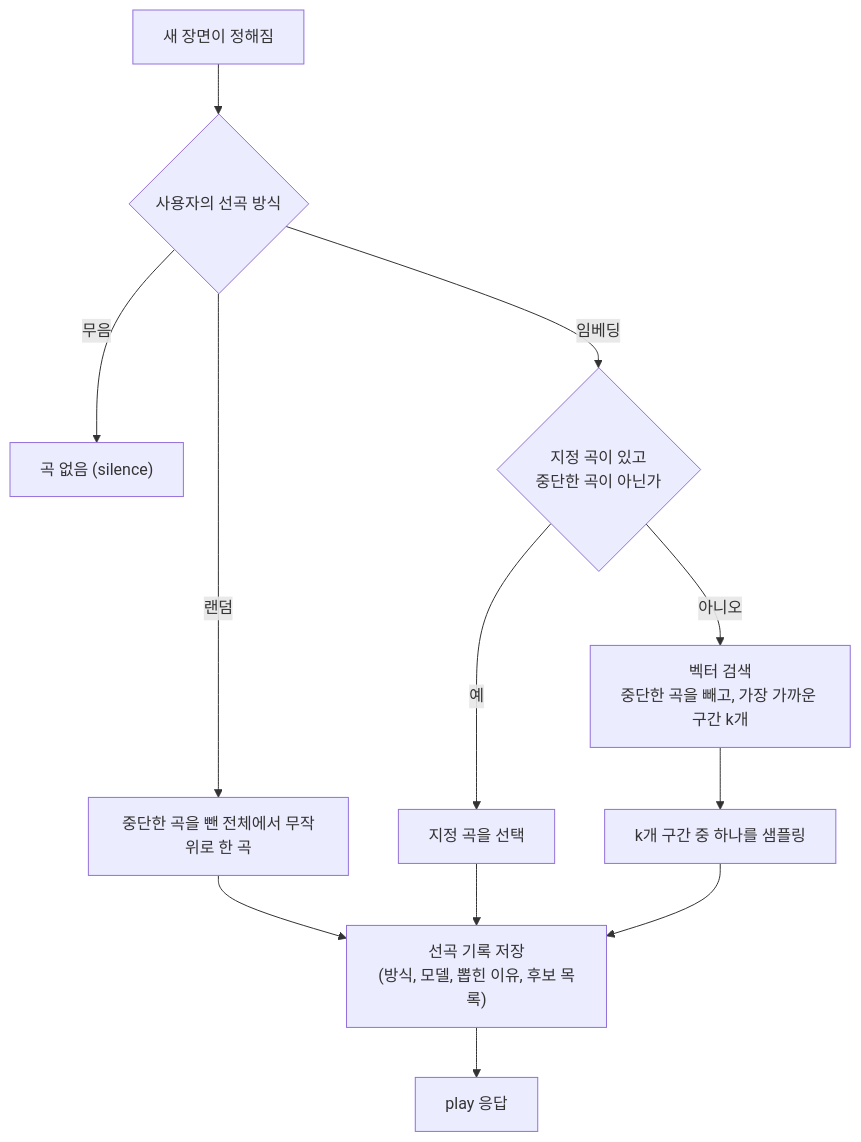
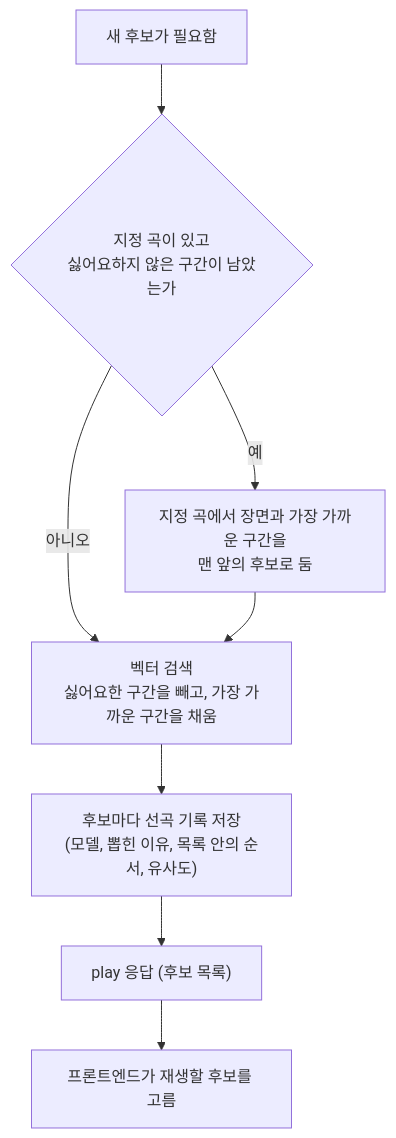
Before and after one commit to diegesis-labs/BE: the third of 6 diagrams in docs/ARCHITECTURE.md, drawn with Mermaid. The commit also changed other lines of this file and 11 other files, not shown here.

````diff
--- a/docs/ARCHITECTURE.md
+++ b/docs/ARCHITECTURE.md
@@ -117,14 +116,10 @@
 ```mermaid
 flowchart TD
-  S["새 장면이 정해짐"] --> ST{"사용자의 선곡 방식"}
-  ST -- "무음" --> SIL["곡 없음 (silence)"]
-  ST -- "랜덤" --> RND["중단한 곡을 뺀 전체에서 무작위로 한 곡"]
-  ST -- "임베딩" --> D{"지정 곡이 있고<br/>중단한 곡이 아닌가"}
-  D -- "예" --> DES["지정 곡을 선택"]
-  D -- "아니오" --> Q["벡터 검색<br/>중단한 곡을 빼고, 가장 가까운 구간 k개"]
-  Q --> SMP["k개 구간 중 하나를 샘플링"]
-  RND --> LOG["선곡 기록 저장<br/>(방식, 모델, 뽑힌 이유, 후보 목록)"]
-  DES --> LOG
-  SMP --> LOG
-  LOG --> R["play 응답"]
+  S["새 후보가 필요함"] --> D{"지정 곡이 있고<br/>싫어요하지 않은 구간이 남았는가"}
+  D -- "예" --> DES["지정 곡에서 장면과 가장 가까운 구간을<br/>맨 앞의 후보로 둠"]
+  D -- "아니오" --> Q
+  DES --> Q["벡터 검색<br/>싫어요한 구간을 빼고, 가장 가까운 구간을 채움"]
+  Q --> LOG["후보마다 선곡 기록 저장<br/>(모델, 뽑힌 이유, 목록 안의 순서, 유사도)"]
+  LOG --> R["play 응답 (후보 목록)"]
+  R --> FE["프론트엔드가 재생할 후보를 고름"]
 ```
````
